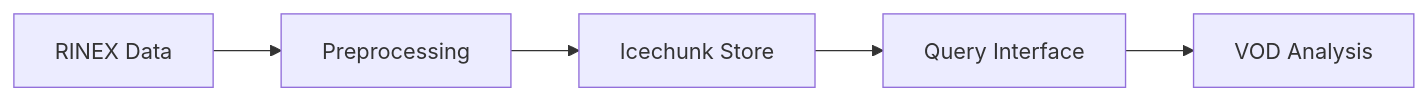
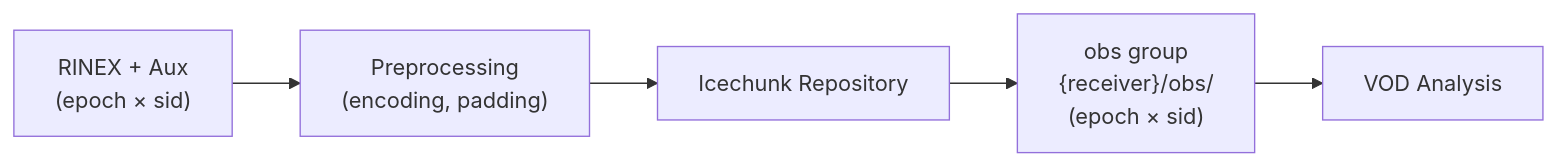
The diagram in docs/packages/store/overview.md (mfkiwl/canvodpy), drawn with Mermaid before and after one commit. The commit also changed other lines of this file and 38 other files, not shown here.

````diff
--- a/docs/packages/store/overview.md
+++ b/docs/packages/store/overview.md
@@ -9,8 +44,7 @@
 ```mermaid
 graph LR
-    A[RINEX Data] --> B[Preprocessing]
-    B --> C[Icechunk Store]
-    C --> D[Query Interface]
-    D --> E[VOD Analysis]
-
+    A1["RINEX + Aux\n(epoch × sid)"] --> B["Preprocessing\n(encoding, padding)"]
+    B --> C["Icechunk Repository"]
+    C --> D1["obs group\n{receiver}/obs/\n(epoch × sid)"]
+    D1 --> E["VOD Analysis"]
 ```
````
